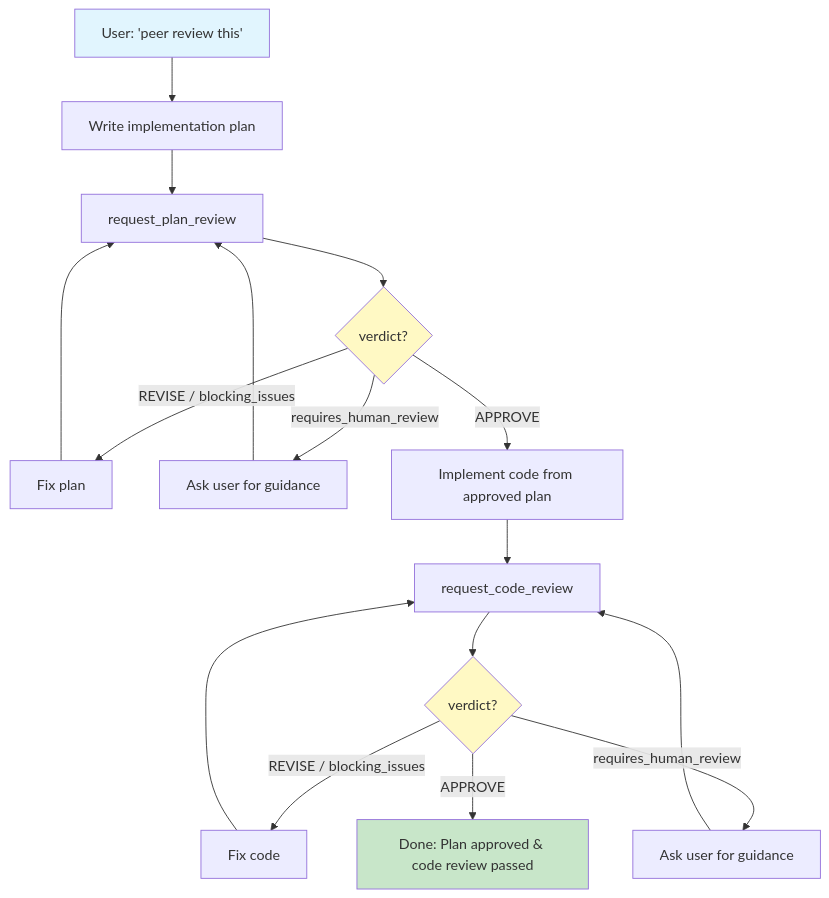
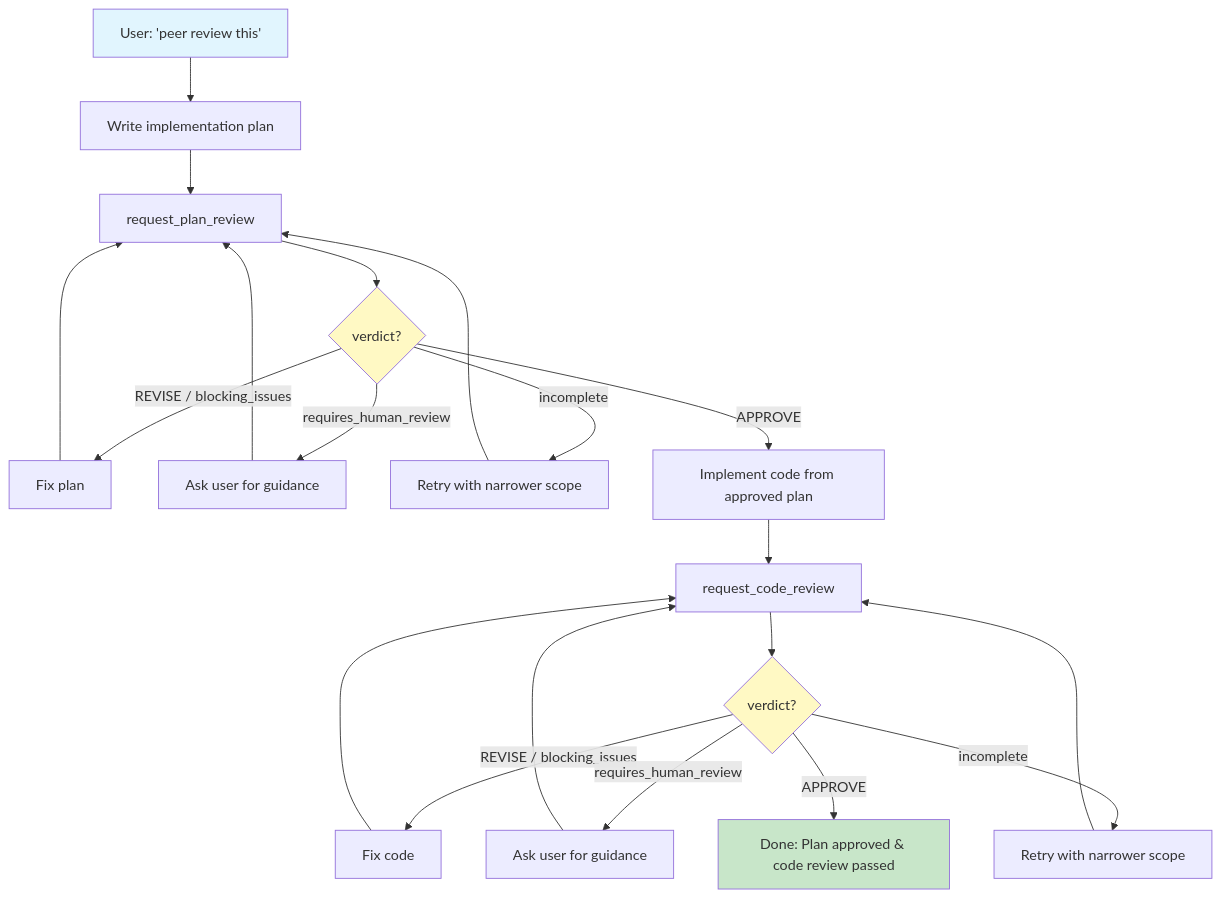
One commit to Planningo/duul changed the first of 2 diagrams in README.md. Above: the diagram before and after it, drawn with Mermaid. The commit also changed other lines of this file and 21 other files, not shown here.

````diff
--- a/README.md
+++ b/README.md
@@ -20,23 +22,27 @@
 ```mermaid
 flowchart TD
     A["User: 'peer review this'"] --> B[Write implementation plan]
     B --> C[request_plan_review]
     C --> D{verdict?}
     D -- "REVISE / blocking_issues" --> E[Fix plan]
     E --> C
     D -- "requires_human_review" --> F[Ask user for guidance]
     F --> C
+    D -- "incomplete" --> C2[Retry with narrower scope]
+    C2 --> C
     D -- "APPROVE" --> G[Implement code from approved plan]
     G --> H[request_code_review]
     H --> I{verdict?}
     I -- "REVISE / blocking_issues" --> J[Fix code]
     J --> H
     I -- "requires_human_review" --> K[Ask user for guidance]
     K --> H
+    I -- "incomplete" --> H2[Retry with narrower scope]
+    H2 --> H
     I -- "APPROVE" --> L["Done: Plan approved & code review passed"]
 
     style A fill:#e1f5fe
     style L fill:#c8e6c9
     style D fill:#fff9c4
     style I fill:#fff9c4
 ```
````
